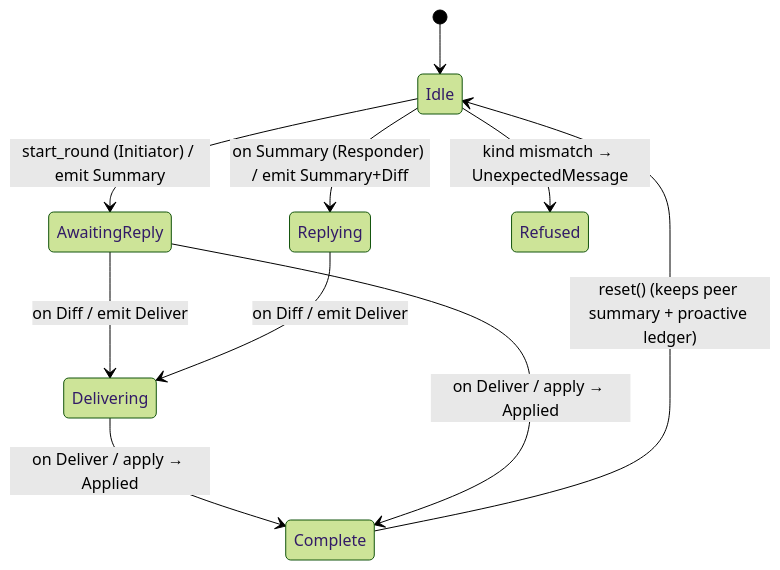
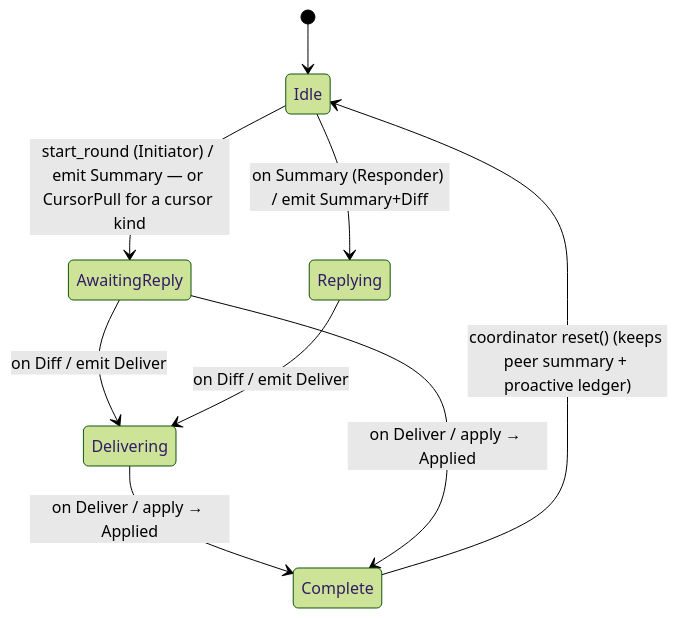
The second of 3 diagrams in FSD/CIRIS_EDGE_TRANSPORT.md (CIRISAI/CIRISEdge), drawn with Mermaid (forest theme) before and after one commit. The commit also changed other lines of this file and 3 other files, not shown here.

````diff
--- a/FSD/CIRIS_EDGE_TRANSPORT.md
+++ b/FSD/CIRIS_EDGE_TRANSPORT.md
@@ -167,12 +288,11 @@
 ```mermaid
 stateDiagram-v2
     [*] --> Idle
-    Idle --> AwaitingReply: start_round (Initiator) / emit Summary
+    Idle --> AwaitingReply: start_round (Initiator) / emit Summary — or CursorPull for a cursor kind
     Idle --> Replying: on Summary (Responder) / emit Summary+Diff
     AwaitingReply --> Delivering: on Diff / emit Deliver
     Replying --> Delivering: on Diff / emit Deliver
     Delivering --> Complete: on Deliver / apply → Applied
     AwaitingReply --> Complete: on Deliver / apply → Applied
-    Complete --> Idle: reset() (keeps peer summary + proactive ledger)
-    Idle --> Refused: kind mismatch → UnexpectedMessage
+    Complete --> Idle: coordinator reset() (keeps peer summary + proactive ledger)
 ```
````
